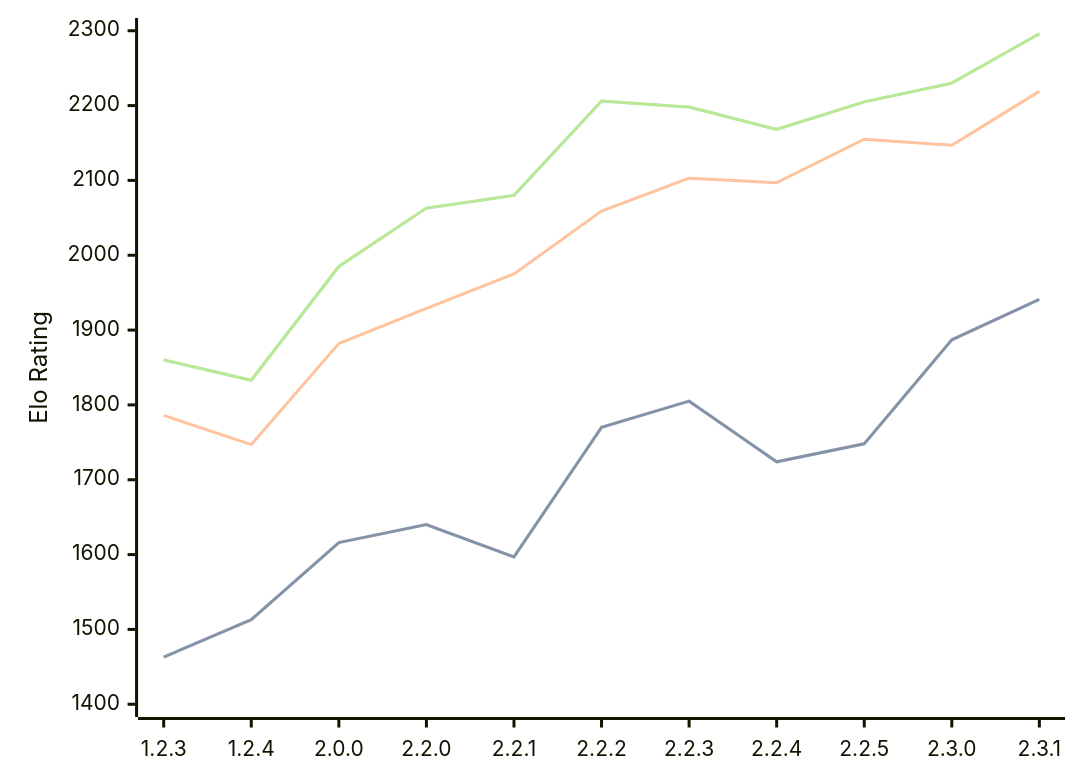
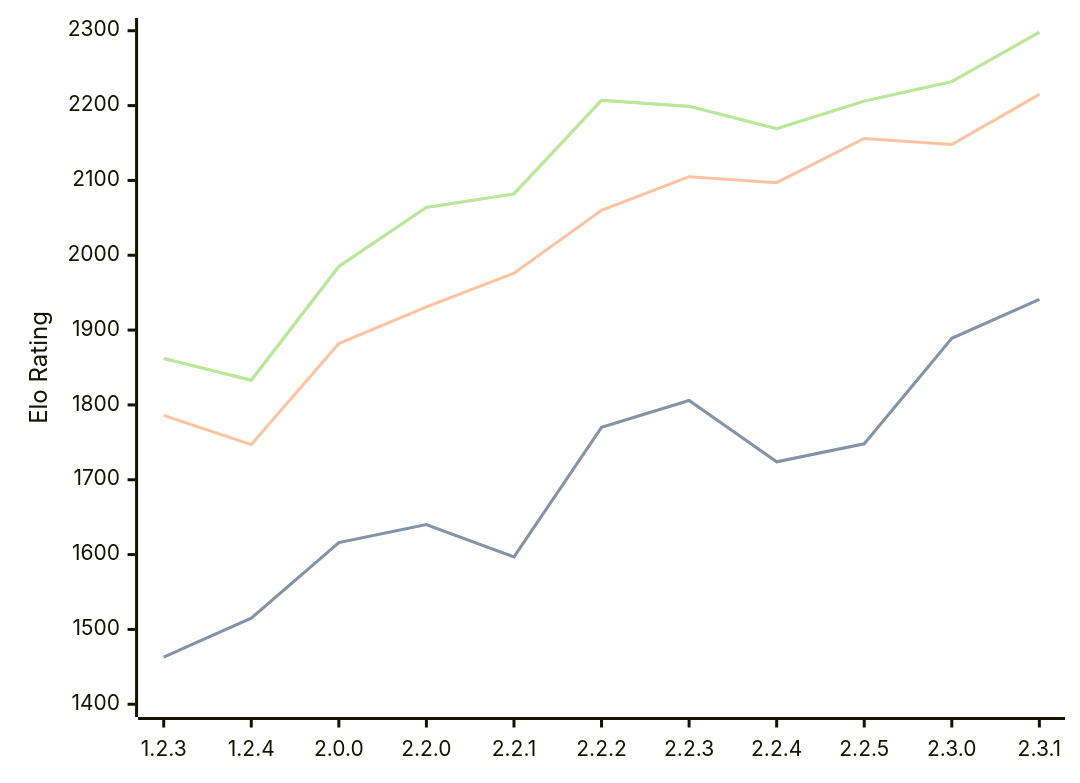
The first of 3 diagrams in engines/Kreveta.md (computer-chess-index/cci), drawn with Mermaid before and after one commit. The commit also changed other lines of this file, not shown here.

Commit message:
Update CCI Ratings (ELO VLTC) - 2026-06-30

````diff
--- a/engines/Kreveta.md
+++ b/engines/Kreveta.md
@@ -43,11 +43,11 @@
 ```mermaid
 %%{init: {"theme":"base","themeVariables":{"seriesColors:['#a3a3a3','#222221','#faa371']}}}%%
 xychart-beta
   x-axis ["1.2.3", "1.2.4", "2.0.0", "2.2.0", "2.2.1", "2.2.2", "2.2.3", "2.2.4", "2.2.5", "2.3.0", "2.3.1"]
   y-axis "Elo Rating" 1400 --> 2300
-  line "STC (8.0+0.08s)" [1463, 1513, 1616, 1640, 1597, 1770, 1805, 1724, 1748, 1887, 1941]
-  line "STC (8.0+0.08s)" [1463, 1513, 1616, 1640, 1597, 1770, 1805, 1724, 1748, 1887, 1941]
-  line "LTC (60.0+0.60s)" [1786, 1747, 1882, 1929, 1975, 2059, 2103, 2097, 2155, 2147, 2219]
-  line "VLTC (2m24s+1.12s)" [1860, 1833, 1985, 2063, 2080, 2206, 2198, 2168, 2205, 2230, 2296]
-  line "VLTC (2m24s+1.12s)" [1860, 1833, 1985, 2063, 2080, 2206, 2198, 2168, 2205, 2230, 2296]
+  line "STC (8.0+0.08s)" [1463, 1515, 1616, 1640, 1597, 1770, 1806, 1724, 1748, 1889, 1941]
+  line "STC (8.0+0.08s)" [1463, 1515, 1616, 1640, 1597, 1770, 1806, 1724, 1748, 1889, 1941]
+  line "LTC (60.0+0.60s)" [1786, 1747, 1882, 1931, 1976, 2060, 2105, 2097, 2156, 2148, 2215]
+  line "VLTC (2m24s+1.12s)" [1862, 1833, 1985, 2064, 2082, 2207, 2199, 2169, 2206, 2232, 2298]
+  line "VLTC (2m24s+1.12s)" [1862, 1833, 1985, 2064, 2082, 2207, 2199, 2169, 2206, 2232, 2298]
 ```
````
